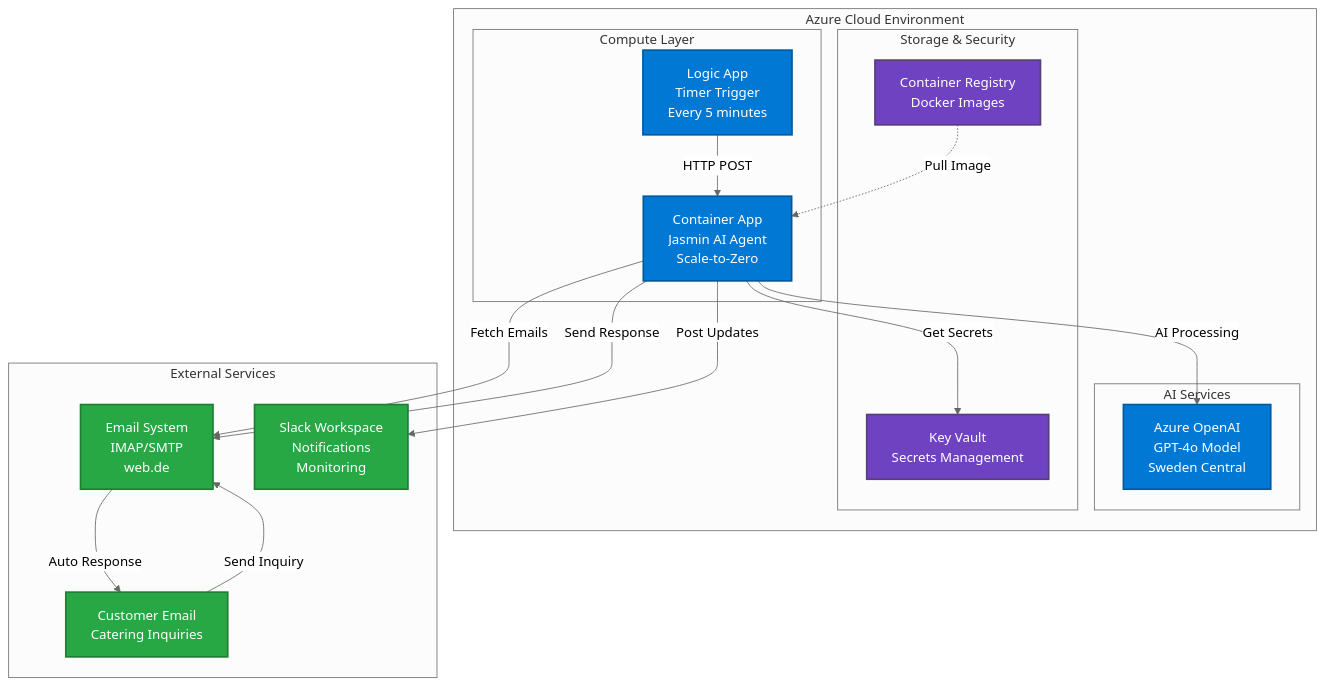
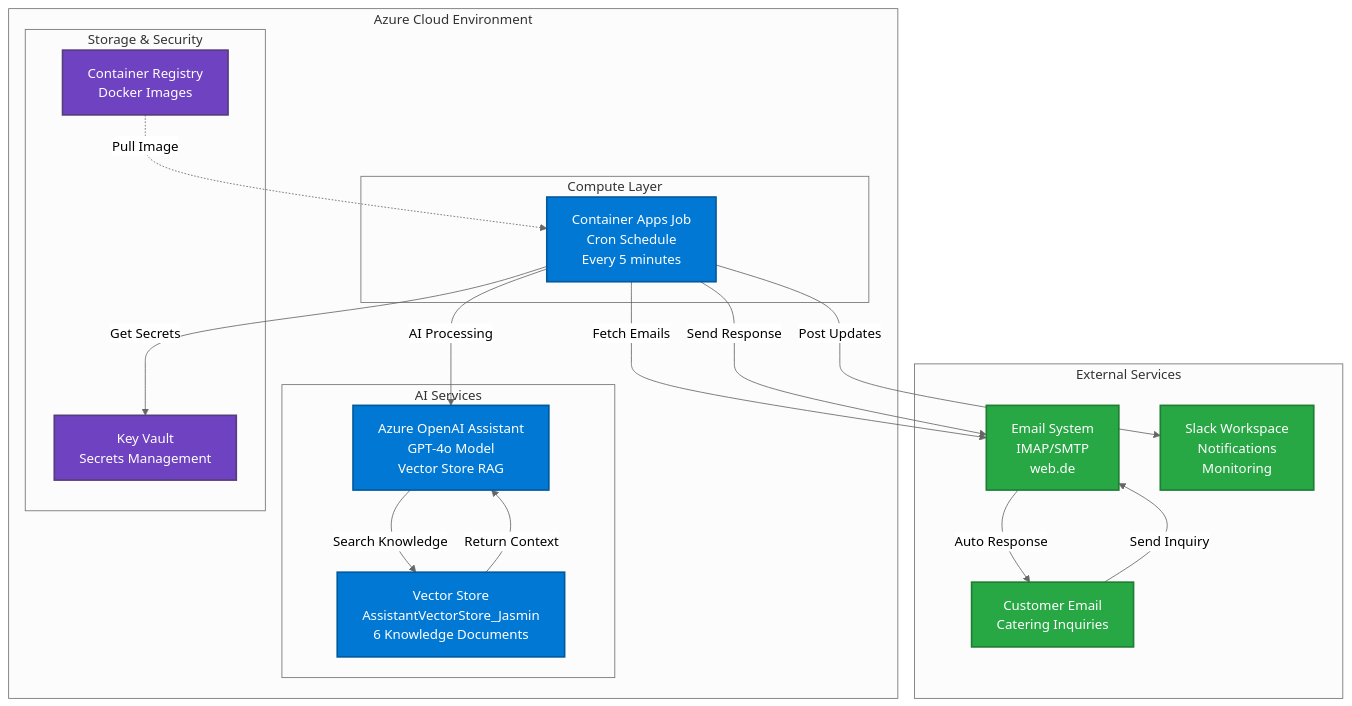
One commit to ma3u/jasmin-catering-ai-agent changed the first of 5 diagrams in README.md. Above: the diagram before and after it, drawn with Mermaid (neutral theme). The commit also changed other lines of this file and 8 other files, not shown here.

First line of the commit message:
feat: Complete enhanced RAG system with Azure OpenAI Assistant

````diff
--- a/README.md
+++ b/README.md
@@ -7,46 +7,47 @@
 ```mermaid
 graph TB
     subgraph "Azure Cloud Environment"
         subgraph "Compute Layer"
-            LA[Logic App<br/>Timer Trigger<br/>Every 5 minutes]
-            CA[Container App<br/>Jasmin AI Agent<br/>Scale-to-Zero]
+            CJ[Container Apps Job<br/>Cron Schedule<br/>Every 5 minutes]
         end
         
         subgraph "AI Services"
-            AOI[Azure OpenAI<br/>GPT-4o Model<br/>Sweden Central]
+            AOI[Azure OpenAI Assistant<br/>GPT-4o Model<br/>Vector Store RAG]
+            VS[Vector Store<br/>AssistantVectorStore_Jasmin<br/>6 Knowledge Documents]
         end
         
         subgraph "Storage & Security"
             KV[Key Vault<br/>Secrets Management]
             ACR[Container Registry<br/>Docker Images]
         end
     end
     
     subgraph "External Services"
         EMAIL[Email System<br/>IMAP/SMTP<br/>web.de]
         SLACK[Slack Workspace<br/>Notifications<br/>Monitoring]
         CUSTOMER[Customer Email<br/>Catering Inquiries]
     end
     
     %% Workflow Connections
-    LA -->|HTTP POST| CA
-    CA -->|Fetch Emails| EMAIL
-    CA -->|AI Processing| AOI
-    CA -->|Get Secrets| KV
-    CA -->|Send Response| EMAIL
-    CA -->|Post Updates| SLACK
+    CJ -->|Fetch Emails| EMAIL
+    CJ -->|AI Processing| AOI
+    AOI -->|Search Knowledge| VS
+    VS -->|Return Context| AOI
+    CJ -->|Get Secrets| KV
+    CJ -->|Send Response| EMAIL
+    CJ -->|Post Updates| SLACK
     CUSTOMER -->|Send Inquiry| EMAIL
     EMAIL -->|Auto Response| CUSTOMER
     
     %% Deployment Connections
-    ACR -.->|Pull Image| CA
+    ACR -.->|Pull Image| CJ
     
     %% Styling
     classDef azure fill:#0078d4,stroke:#005a9e,stroke-width:2px,color:#fff
     classDef external fill:#28a745,stroke:#1e7e34,stroke-width:2px,color:#fff
     classDef storage fill:#6f42c1,stroke:#563d7c,stroke-width:2px,color:#fff
     
-    class LA,CA,AOI azure
+    class CJ,AOI,VS azure
     class EMAIL,SLACK,CUSTOMER external
     class KV,ACR storage
 ```
````
